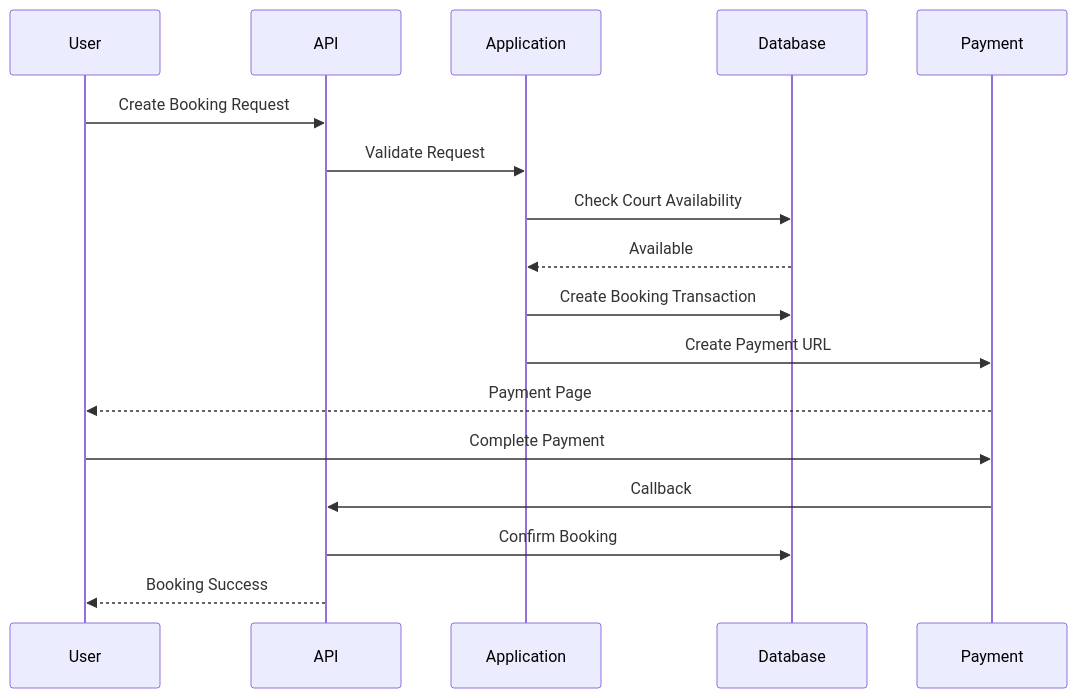
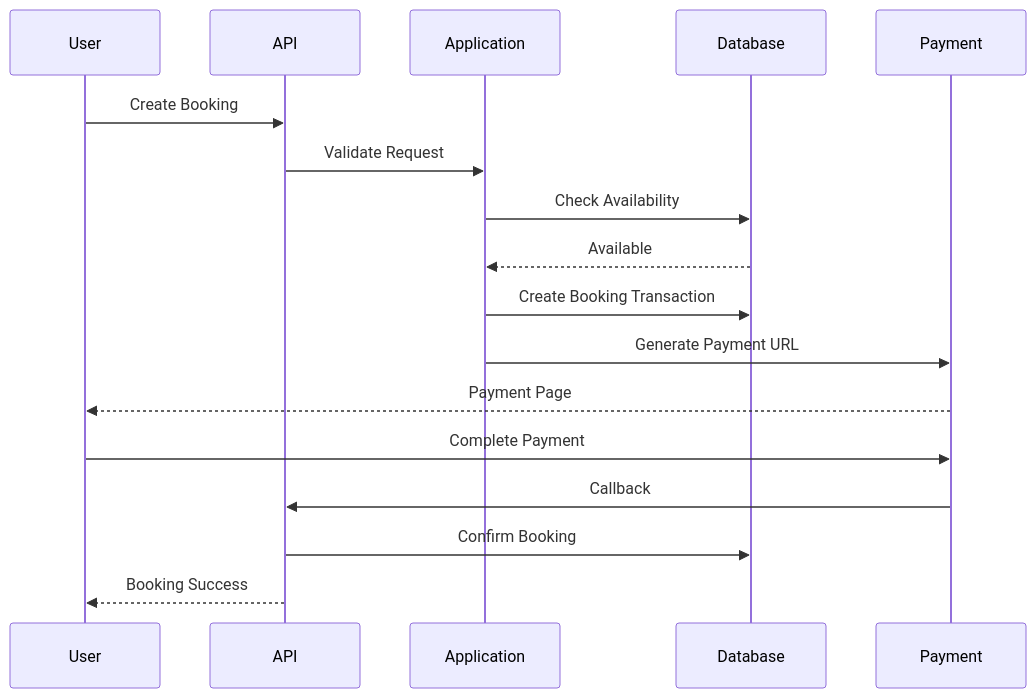
The third of 3 diagrams in README.md (nglowji/graduation-project-NguyenTanLoi-ASP.NET), drawn with Mermaid before and after one commit. The commit also changed other lines of this file, not shown here.

````diff
--- a/README.md
+++ b/README.md
@@ -192,31 +224,31 @@
 ```mermaid
 sequenceDiagram
 
-    participant User
-    participant API
-    participant Application
-    participant Database
-    participant Payment
+participant User
+participant API
+participant Application
+participant Database
+participant Payment
 
-    User->>API: Create Booking Request
+User->>API: Create Booking
 
-    API->>Application: Validate Request
+API->>Application: Validate Request
 
-    Application->>Database: Check Court Availability
+Application->>Database: Check Availability
 
-    Database-->>Application: Available
+Database-->>Application: Available
 
-    Application->>Database: Create Booking Transaction
+Application->>Database: Create Booking Transaction
 
-    Application->>Payment: Create Payment URL
+Application->>Payment: Generate Payment URL
 
-    Payment-->>User: Payment Page
+Payment-->>User: Payment Page
 
-    User->>Payment: Complete Payment
+User->>Payment: Complete Payment
 
-    Payment->>API: Callback
+Payment->>API: Callback
 
-    API->>Database: Confirm Booking
+API->>Database: Confirm Booking
 
-    API-->>User: Booking Success
+API-->>User: Booking Success
 ```
````
